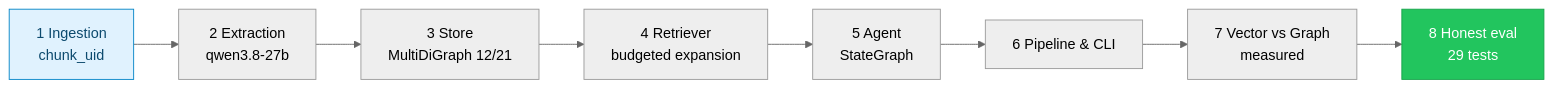
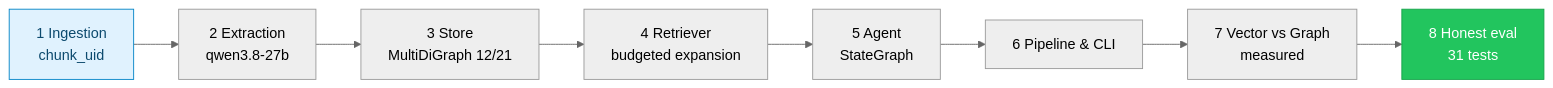
The first of 7 diagrams in README.md (manishwvn/graph_rag), drawn with Mermaid (neutral theme) before and after one commit. The commit also changed other lines of this file and 11 other files, not shown here.

````diff
--- a/README.md
+++ b/README.md
@@ -38,12 +38,12 @@
 ```mermaid
 graph LR
   E1["1 Ingestion<br/>chunk_uid"] --> E2["2 Extraction<br/>qwen3.8-27b"]
   E2 --> E3["3 Store<br/>MultiDiGraph 12/21"]
   E3 --> E4["4 Retriever<br/>budgeted expansion"]
   E4 --> E5["5 Agent<br/>StateGraph"]
   E5 --> E6["6 Pipeline & CLI"]
   E6 --> E7["7 Vector vs Graph<br/>measured"]
-  E7 --> E8["8 Honest eval<br/>29 tests"]
+  E7 --> E8["8 Honest eval<br/>31 tests"]
   style E8 fill:#22C55E,stroke:#16A34A,color:#fff
   style E1 fill:#E0F2FE,stroke:#0284C7,color:#0C4A6E
 ```
````
